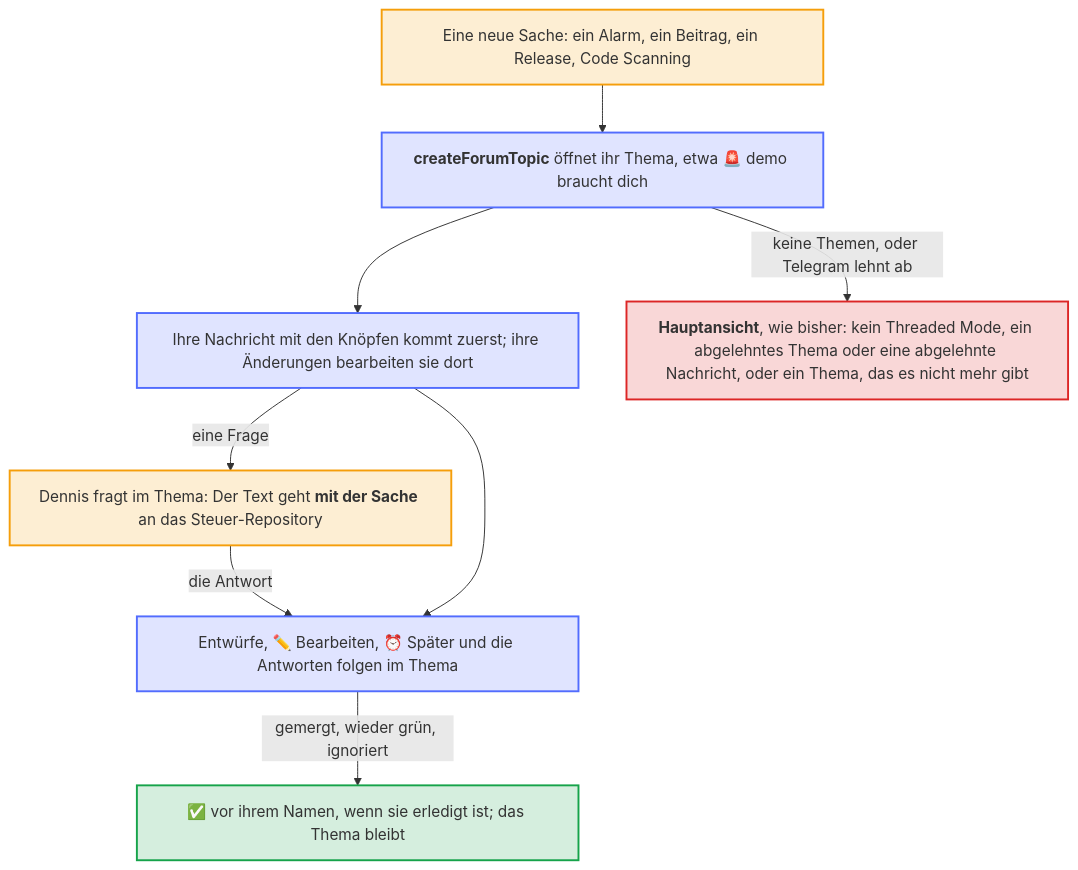
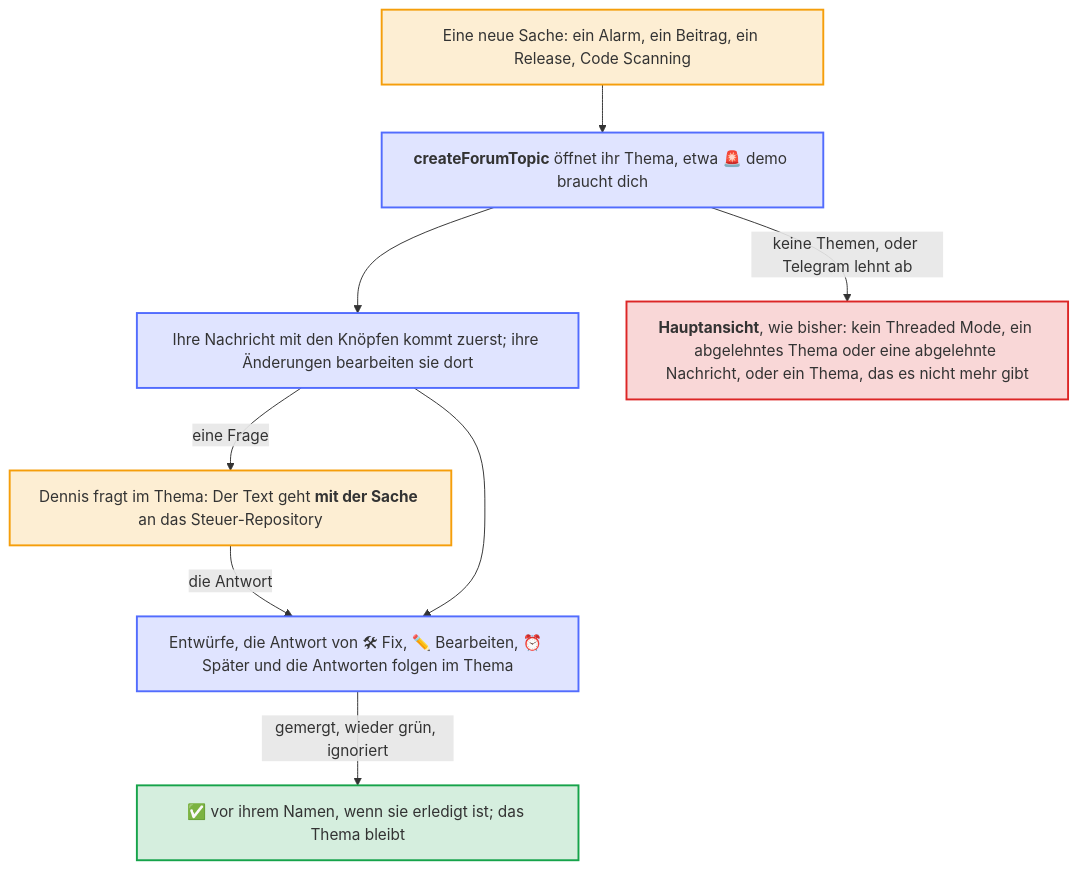
Before and after one commit to Dennis-Otto/dennis-otto-pager: the diagram in docs/diagrams/a-topic-per-thing.de.mmd, drawn with Mermaid. The commit also changed 17 other files, not shown here.

```diff
--- a/docs/diagrams/a-topic-per-thing.de.mmd
+++ b/docs/diagrams/a-topic-per-thing.de.mmd
@@ -1,33 +1,33 @@
 ---
 config:
   flowchart:
     wrappingWidth: 400
 ---
 flowchart TB
     accTitle: Ein Thema pro Sache
-    accDescr: Eine neue Sache, etwa ein Alarm, ein Beitrag oder ein Release, öffnet ein eigenes Thema im Chat, benannt nach ihrem Repository und dem, was sie ist. Ihre Nachricht mit den Knöpfen kommt zuerst, und ihre Änderungen bearbeiten sie dort. Ihre Entwürfe, die Rückfrage von Bearbeiten, was Später zurückbringt, und die Antworten auf das, was Dennis im Thema fragt, folgen darin; seine Frage geht zusammen mit der Sache an das Steuer-Repository. Ist die Sache erledigt, bekommt ihr Thema ein Häkchen vor seinen Namen und bleibt. Ohne Threaded Mode, oder wenn Telegram das Thema oder eine Nachricht darin ablehnt, geht es mit der Sache in der Hauptansicht weiter, wie bisher.
+    accDescr: Eine neue Sache, etwa ein Alarm, ein Beitrag oder ein Release, öffnet ein eigenes Thema im Chat, benannt nach ihrem Repository und dem, was sie ist. Ihre Nachricht mit den Knöpfen kommt zuerst, und ihre Änderungen bearbeiten sie dort. Ihre Entwürfe, die Antwort von Fix, die Rückfrage von Bearbeiten, was Später zurückbringt, und die Antworten auf das, was Dennis im Thema fragt, folgen darin; seine Frage geht zusammen mit der Sache an das Steuer-Repository. Ist die Sache erledigt, bekommt ihr Thema ein Häkchen vor seinen Namen und bleibt. Ohne Threaded Mode, oder wenn Telegram das Thema oder eine Nachricht darin ablehnt, geht es mit der Sache in der Hauptansicht weiter, wie bisher.
 
     thing["Eine neue Sache: ein Alarm, ein Beitrag, ein Release, Code Scanning"]
     open["`**createForumTopic** öffnet ihr Thema, etwa 🚨 demo braucht dich`"]
     first["`Ihre Nachricht mit den Knöpfen kommt zuerst; ihre Änderungen bearbeiten sie dort`"]
     ask["`Dennis fragt im Thema: Der Text geht **mit der Sache** an das Steuer-Repository`"]
-    more["`Entwürfe, ✏️ Bearbeiten, ⏰ Später und die Antworten folgen im Thema`"]
+    more["`Entwürfe, die Antwort von 🛠 Fix, ✏️ Bearbeiten, ⏰ Später und die Antworten folgen im Thema`"]
     done["`**✅** vor ihrem Namen, wenn sie erledigt ist; das Thema bleibt`"]
     main["`**Hauptansicht**, wie bisher: kein Threaded Mode, ein abgelehntes Thema oder eine abgelehnte Nachricht, oder ein Thema, das es nicht mehr gibt`"]
 
     thing --> open
     open --> first
     first -- "eine Frage" --> ask
     ask -- "die Antwort" --> more
     first --> more
     more -- "gemergt, wieder grün, ignoriert" --> done
     open -- "keine Themen, oder Telegram lehnt ab" --> main
 
     classDef you fill:#f59e0b2e,stroke:#f59e0b,stroke-width:2px
     classDef bot fill:#526cfe2e,stroke:#526cfe,stroke-width:2px
     classDef done fill:#16a34a2e,stroke:#16a34a,stroke-width:2px
     classDef warn fill:#dc26262e,stroke:#dc2626,stroke-width:2px
     class thing,ask you
     class open,first,more bot
     class done done
     class main warn
```
